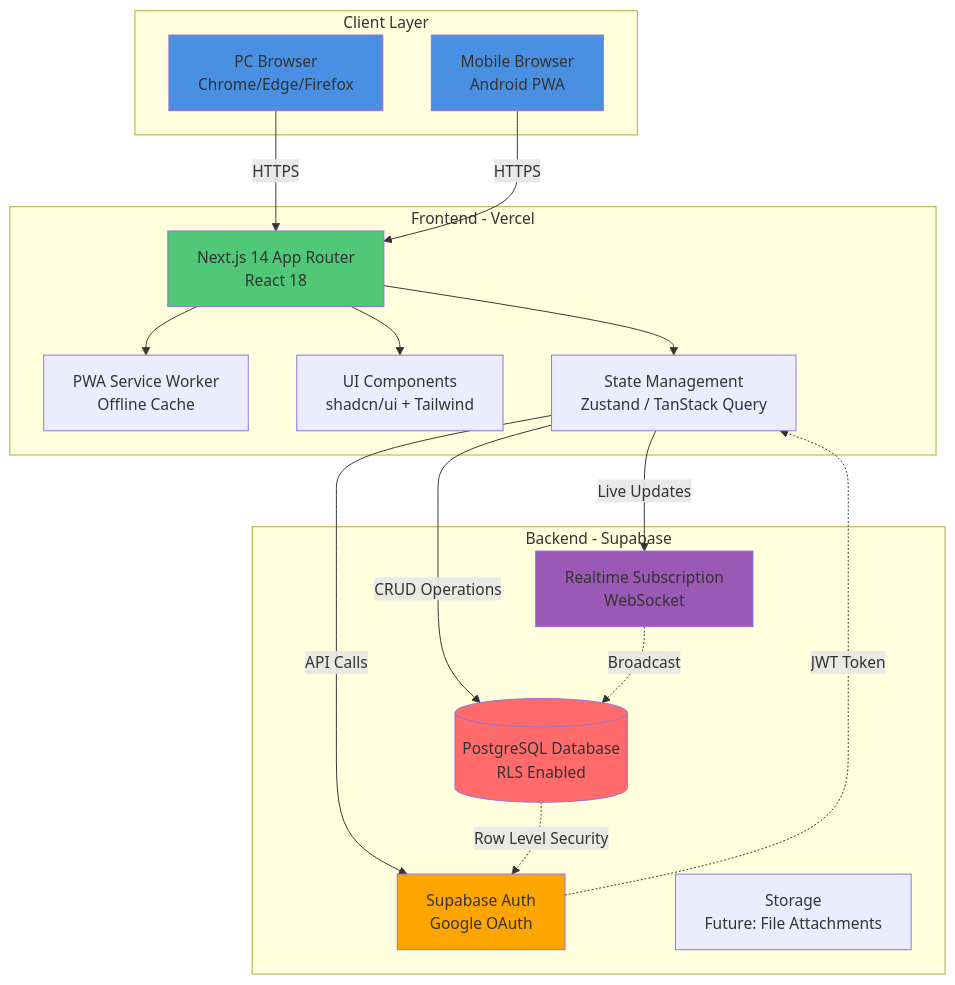
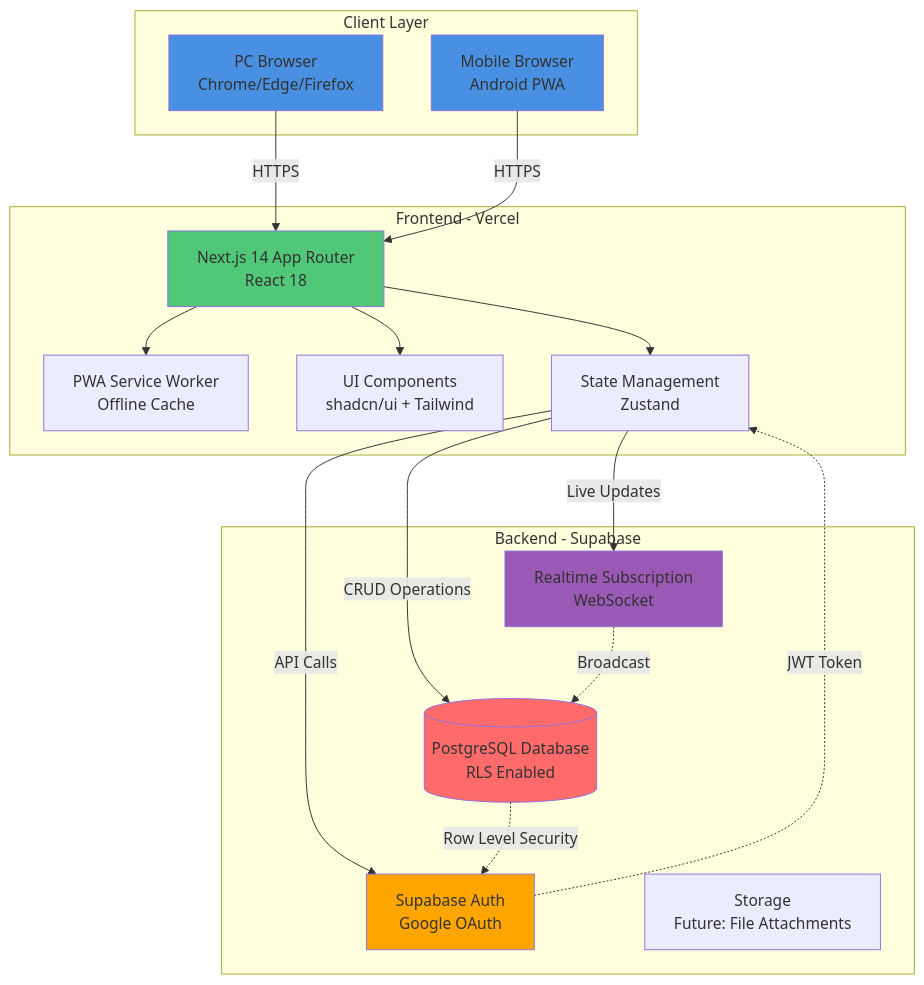
The first of 29 diagrams in docs/architecture/architecture-diagrams.md (rohto4/chronos-rewards), drawn with Mermaid before and after one commit. The commit also changed 27 other files, not shown here.

````diff
--- a/docs/architecture/architecture-diagrams.md
+++ b/docs/architecture/architecture-diagrams.md
@@ -13,42 +13,42 @@
 ```mermaid
 graph TB
     subgraph "Client Layer"
         PC[PC Browser<br/>Chrome/Edge/Firefox]
         Mobile[Mobile Browser<br/>Android PWA]
     end
     
     subgraph "Frontend - Vercel"
         NextJS[Next.js 14 App Router<br/>React 18]
         PWA[PWA Service Worker<br/>Offline Cache]
         UI[UI Components<br/>shadcn/ui + Tailwind]
-        State[State Management<br/>Zustand / TanStack Query]
+        State[State Management<br/>Zustand]
     end
     
     subgraph "Backend - Supabase"
         Auth[Supabase Auth<br/>Google OAuth]
         DB[(PostgreSQL Database<br/>RLS Enabled)]
         Realtime[Realtime Subscription<br/>WebSocket]
         Storage[Storage<br/>Future: File Attachments]
     end
     
     PC -->|HTTPS| NextJS
     Mobile -->|HTTPS| NextJS
     NextJS --> PWA
     NextJS --> UI
     NextJS --> State
     
     State -->|API Calls| Auth
     State -->|CRUD Operations| DB
     State -->|Live Updates| Realtime
     
     Auth -.->|JWT Token| State
     DB -.->|Row Level Security| Auth
     Realtime -.->|Broadcast| DB
     
     style PC fill:#4A90E2
     style Mobile fill:#4A90E2
     style NextJS fill:#50C878
     style DB fill:#FF6B6B
     style Auth fill:#FFA500
     style Realtime fill:#9B59B6
 ```
````
